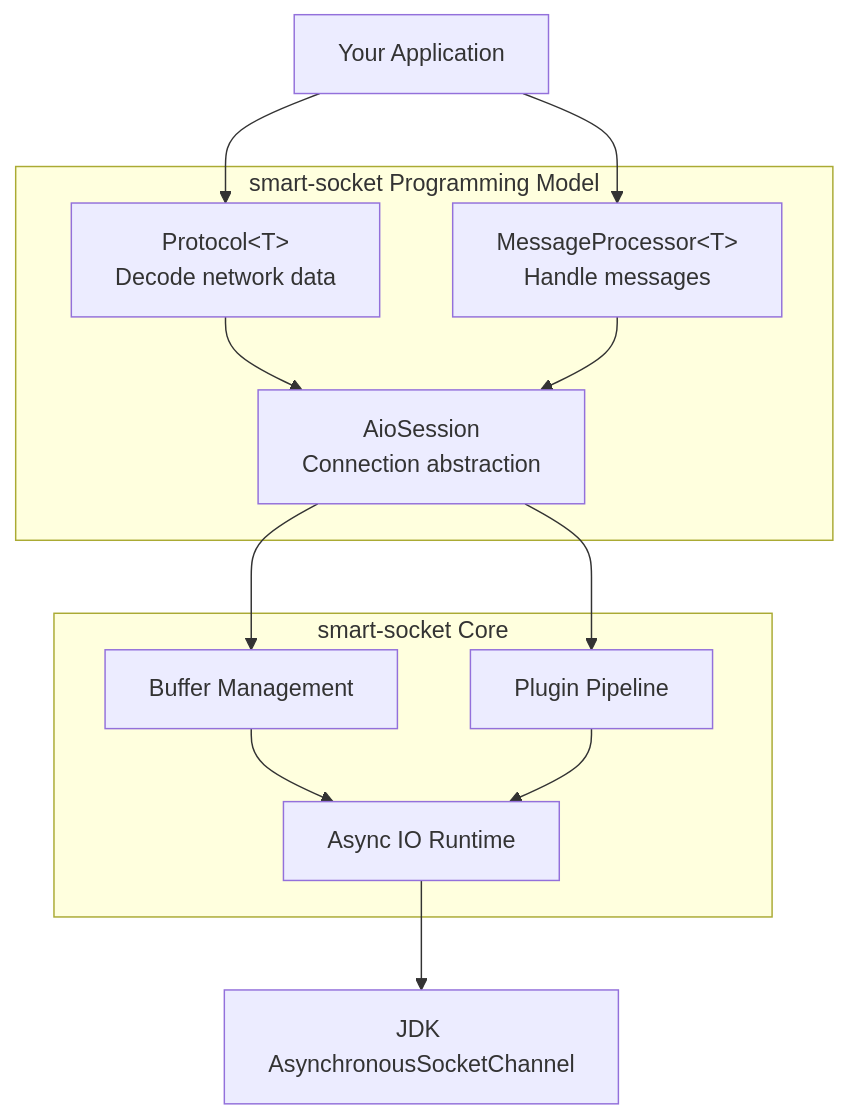
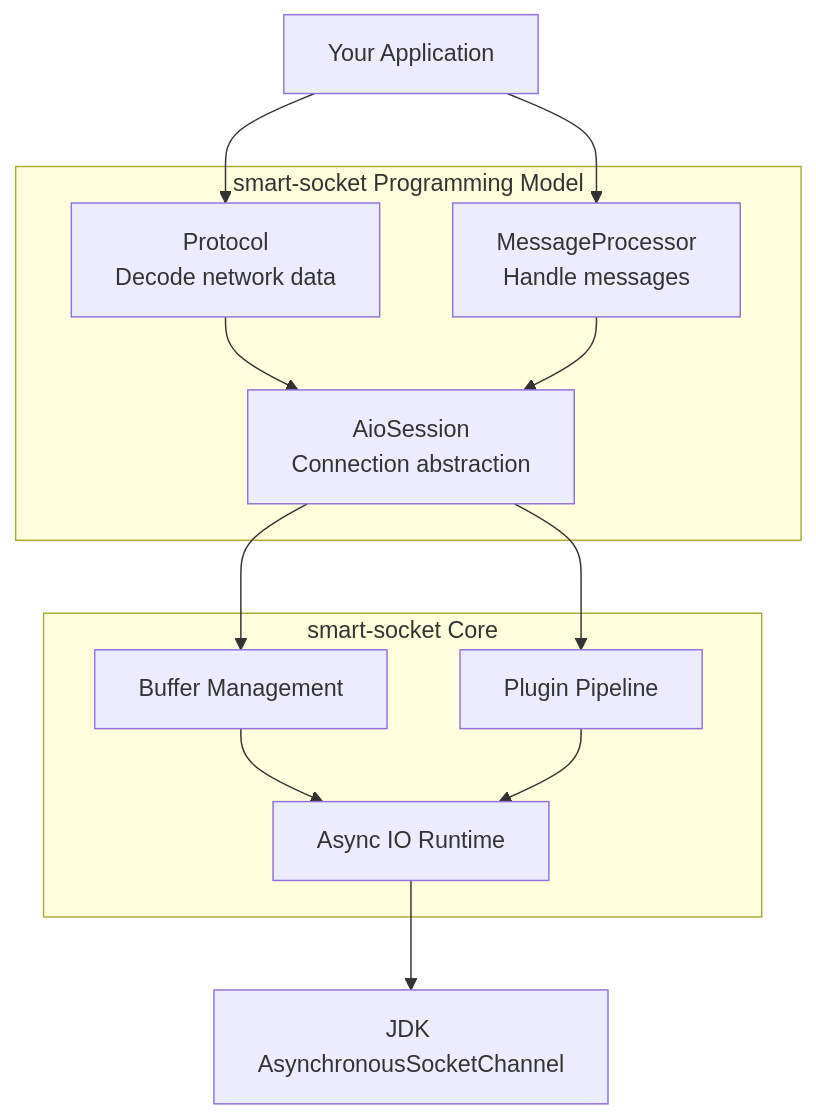
One commit to smartboot/smart-socket changed the diagram in README.md. Above: the diagram before and after it, drawn with Mermaid. The commit also changed other lines of this file, not shown here.

````diff
--- a/README.md
+++ b/README.md
@@ -123,44 +123,44 @@
 ```mermaid
 flowchart TB
 
     APP[Your Application]
 
     subgraph API[smart-socket Programming Model]
 
-        PROTOCOL[Protocol&lt;T&gt;<br/>Decode network data]
+        PROTOCOL[Protocol<T><br/>Decode network data]
 
-        PROCESSOR[MessageProcessor&lt;T&gt;<br/>Handle messages]
+        PROCESSOR[MessageProcessor<T><br/>Handle messages]
 
         SESSION[AioSession<br/>Connection abstraction]
 
     end
 
 
     subgraph CORE[smart-socket Core]
 
         BUFFER[Buffer Management]
 
         PIPELINE[Plugin Pipeline]
 
         IO[Async IO Runtime]
 
     end
 
 
     JDK[JDK AsynchronousSocketChannel]
 
 
     APP --> PROTOCOL
     APP --> PROCESSOR
 
     PROTOCOL --> SESSION
     PROCESSOR --> SESSION
 
     SESSION --> BUFFER
     SESSION --> PIPELINE
 
     BUFFER --> IO
     PIPELINE --> IO
 
     IO --> JDK
 ```
````
